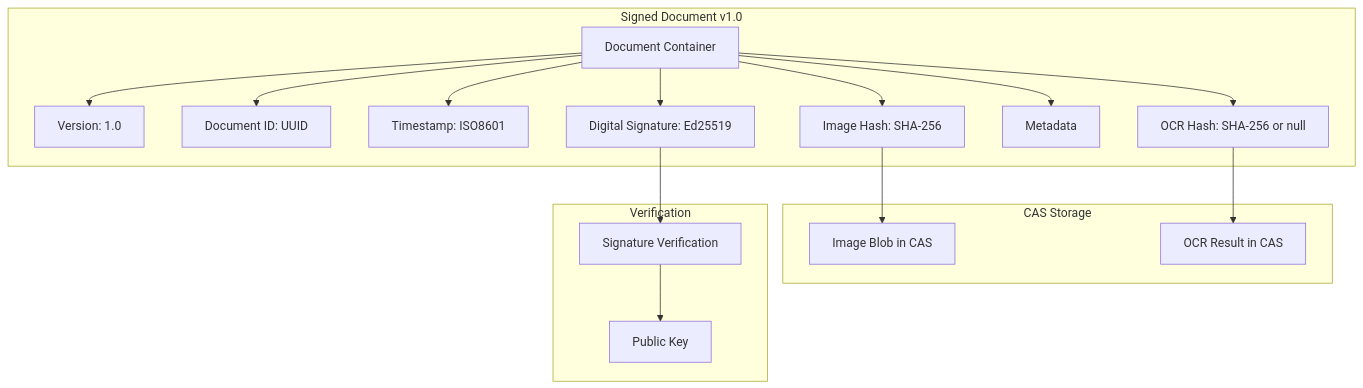
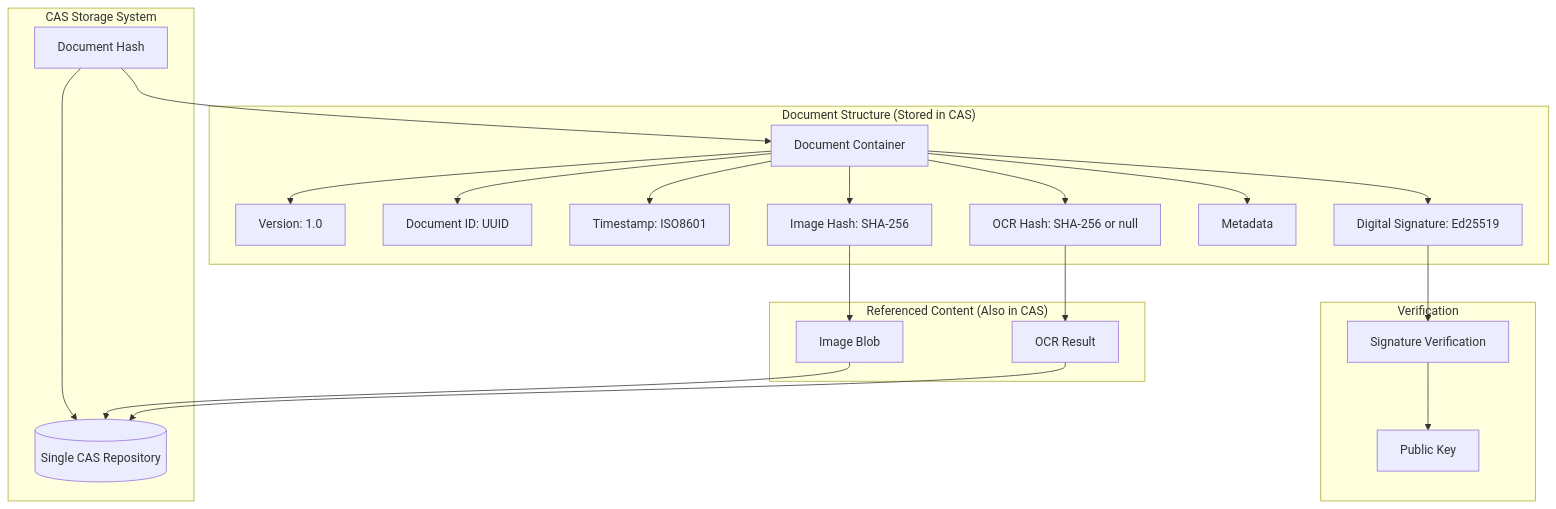
The fourth of 20 diagrams in docs/architecture/features/document-scanner/ocr-scanner-architecture.md (o2alexanderfedin/Nolock.social.frontends), drawn with Mermaid before and after one commit. The commit also changed other lines of this file, not shown here.

First line of the commit message:
refactor: clarify CAS-only storage architecture in OCR scanner documentation

````diff
--- a/docs/architecture/features/document-scanner/ocr-scanner-architecture.md
+++ b/docs/architecture/features/document-scanner/ocr-scanner-architecture.md
@@ -282,23 +289,30 @@
 ```mermaid
 graph TB
-    subgraph "Signed Document v1.0"
+    subgraph "Document Structure (Stored in CAS)"
         DOC[Document Container]
         DOC --> VER[Version: 1.0]
         DOC --> ID[Document ID: UUID]
         DOC --> TS[Timestamp: ISO8601]
         DOC --> IMG_HASH[Image Hash: SHA-256]
         DOC --> OCR_HASH[OCR Hash: SHA-256 or null]
         DOC --> META[Metadata]
         DOC --> SIG[Digital Signature: Ed25519]
     end
     
-    subgraph "CAS Storage"
-        IMG_HASH --> IMG_CAS[Image Blob in CAS]
-        OCR_HASH --> OCR_CAS[OCR Result in CAS]
+    subgraph "Referenced Content (Also in CAS)"
+        IMG_HASH --> IMG_CAS[Image Blob]
+        OCR_HASH --> OCR_CAS[OCR Result]
+    end
+    
+    subgraph "CAS Storage System"
+        DOC_HASH[Document Hash] --> DOC
+        DOC_HASH --> CAS[(Single CAS Repository)]
+        IMG_CAS --> CAS
+        OCR_CAS --> CAS
     end
     
     subgraph "Verification"
         SIG --> VERIFY[Signature Verification]
         VERIFY --> PUB_KEY[Public Key]
     end
 ```
````
